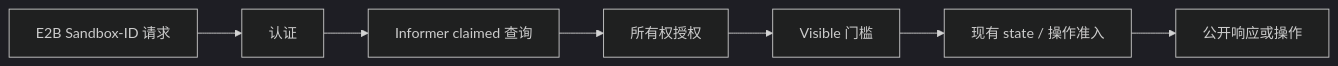
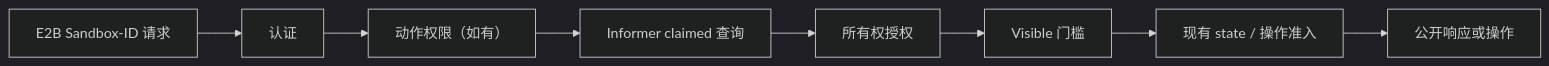
One commit to AiRanthem/agents changed the diagram in docs/proposals/20260826-sandbox-lookup-e2b-visibility-CN.md. Above: the diagram before and after it, drawn with Mermaid (dark theme). The commit also changed other lines of this file and 1 other file, not shown here.

````diff
--- a/docs/proposals/20260826-sandbox-lookup-e2b-visibility-CN.md
+++ b/docs/proposals/20260826-sandbox-lookup-e2b-visibility-CN.md
@@ -104,9 +116,10 @@
 ```mermaid
 flowchart LR
     Request[E2B Sandbox-ID 请求] --> Auth[认证]
-    Auth --> Lookup[Informer claimed 查询]
+    Auth --> Permission[动作权限（如有）]
+    Permission --> Lookup[Informer claimed 查询]
     Lookup --> Owner[所有权授权]
     Owner --> Visible[Visible 门槛]
     Visible --> State[现有 state / 操作准入]
     State --> Result[公开响应或操作]
 ```
````
